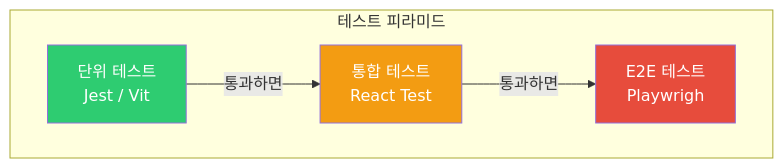
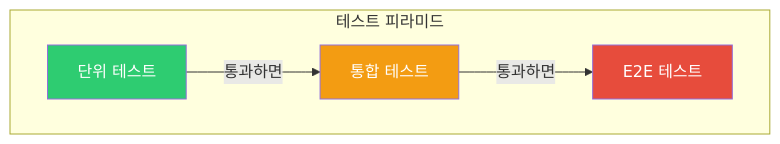
The sixth of 8 diagrams in _posts/frontend/2026-05-01-frontend-architecture.md (yjkim2015/yjkim2015.github.io), drawn with Mermaid before and after one commit. The commit also changed other lines of this file and 217 other files, not shown here.

First line of the commit message:
Mermaid 크기 수정: useMaxWidth:true + SVG max-width:100% + 라벨 축소

````diff
--- a/_posts/frontend/2026-05-01-frontend-architecture.md
+++ b/_posts/frontend/2026-05-01-frontend-architecture.md
@@ -361,13 +361,13 @@
 ```mermaid
 flowchart TD
     subgraph "테스트 피라미드"
-        E2E["E2E 테스트\nPlaywrigh"]
-        INT["통합 테스트\nReact Test"]
-        UNIT["단위 테스트\nJest / Vit"]
+        E2E["E2E 테스트"]
+        INT["통합 테스트"]
+        UNIT["단위 테스트"]
     end
     UNIT -->|"통과하면"| INT
     INT -->|"통과하면"| E2E
     style E2E fill:#e74c3c,color:#fff
     style INT fill:#f39c12,color:#fff
     style UNIT fill:#2ecc71,color:#fff
 ```
````
